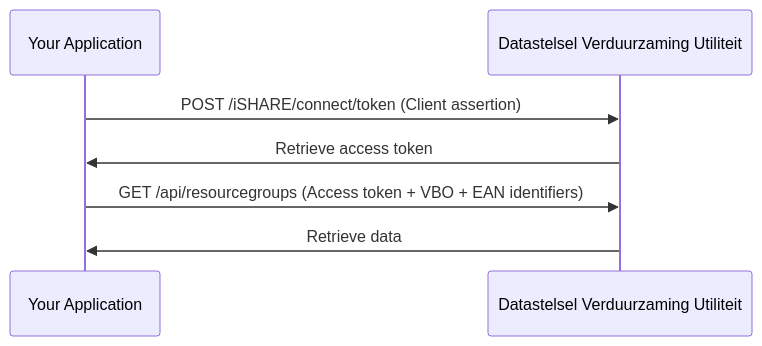
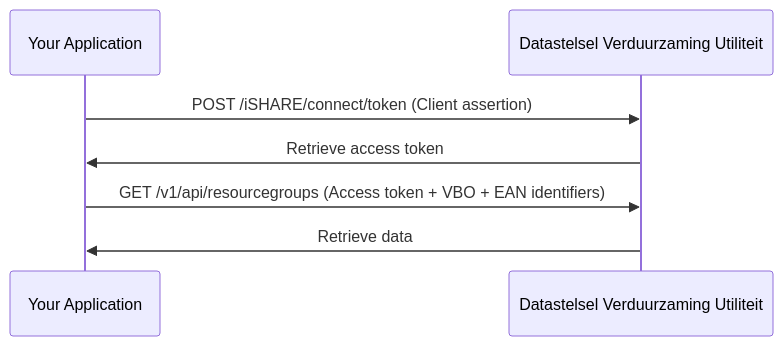
The diagram in dvu/vbo-ean-data-retrieval.md (POORT8/Poort8.Docs), drawn with Mermaid before and after one commit. The commit also changed other lines of this file and 2 other files, not shown here.

Commit message:
Deploy dvu docs: 6e06a5beae272c72eed9c70ff3568d77f3adb193

````diff
--- a/dvu/vbo-ean-data-retrieval.md
+++ b/dvu/vbo-ean-data-retrieval.md
@@ -7,9 +7,9 @@
 ```mermaid
 sequenceDiagram
     participant App as Your Application
     participant DVU as Datastelsel Verduurzaming Utiliteit
     App->>DVU: POST /iSHARE/connect/token (Client assertion)
     DVU->>App: Retrieve access token
-    App->>DVU: GET /api/resourcegroups (Access token + VBO + EAN identifiers)
+    App->>DVU: GET /v1/api/resourcegroups (Access token + VBO + EAN identifiers)
     DVU->>App: Retrieve data
 ```
````
